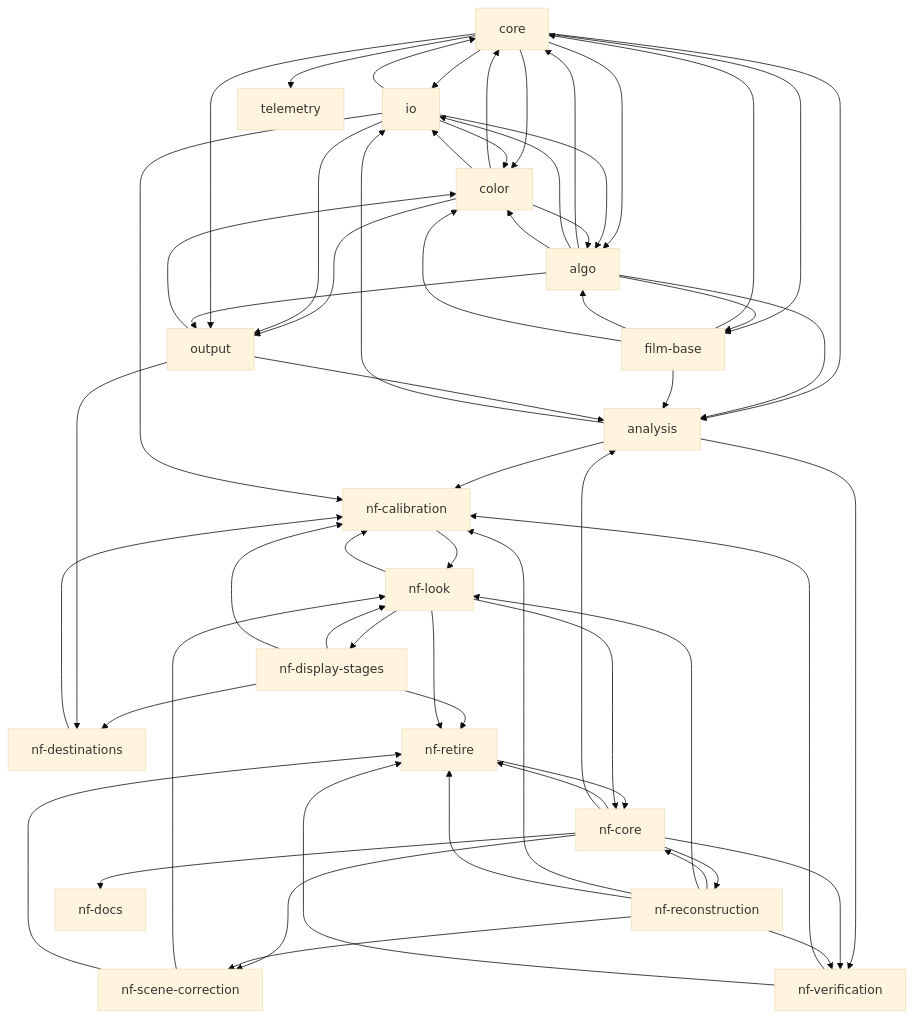
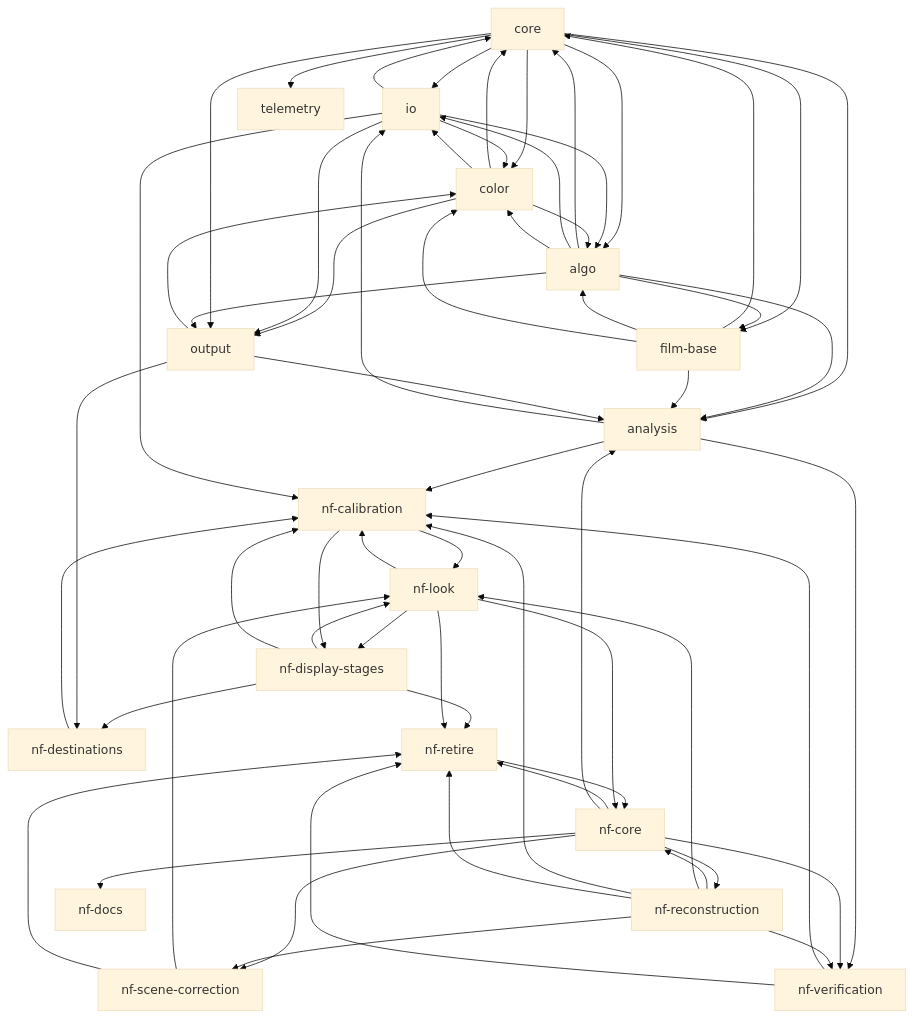
One commit to lix42/hanten changed the first of 2 diagrams in docs/TASKS.md. Above: the diagram before and after it, drawn with Mermaid (base theme). The commit also changed other lines of this file and 25 other files, not shown here.

First line of the commit message:
Place display black on the new chain (nf-display-stages/parametric-operator)

````diff
--- a/docs/TASKS.md
+++ b/docs/TASKS.md
@@ -98,80 +98,81 @@
 ```mermaid
 graph TD
   core
   io
   film-base
   algo
   color
   output
   telemetry
   analysis
   nf-core
   nf-reconstruction
   nf-scene-correction
   nf-look
   nf-display-stages
   nf-destinations
   nf-calibration
   nf-verification
   nf-retire
   nf-docs
   core --> io
   core --> color
   core --> film-base
   core --> algo
   io --> core
   color --> core
   film-base --> core
   algo --> core
   analysis --> io
   core --> analysis
   core --> telemetry
   algo --> analysis
   film-base --> analysis
   algo --> film-base
   io --> color
   io --> algo
   film-base --> algo
   color --> algo
   algo --> io
   algo --> color
   film-base --> color
   color --> output
   color --> io
   output --> color
   io --> output
   core --> output
   algo --> output
   output --> analysis
   nf-reconstruction --> nf-core
   nf-retire --> nf-core
   nf-core --> nf-reconstruction
   nf-core --> nf-scene-correction
   nf-reconstruction --> nf-scene-correction
   nf-scene-correction --> nf-look
   nf-reconstruction --> nf-look
   nf-look --> nf-display-stages
   nf-display-stages --> nf-look
   nf-display-stages --> nf-destinations
   output --> nf-destinations
   nf-destinations --> nf-calibration
   nf-display-stages --> nf-calibration
   nf-verification --> nf-calibration
   analysis --> nf-calibration
   io --> nf-calibration
   nf-look --> nf-calibration
   nf-reconstruction --> nf-calibration
   nf-calibration --> nf-look
+  nf-calibration --> nf-display-stages
   analysis --> nf-verification
   nf-core --> nf-verification
   nf-reconstruction --> nf-verification
   nf-core --> nf-retire
   nf-verification --> nf-retire
   nf-display-stages --> nf-retire
   nf-reconstruction --> nf-retire
   nf-look --> nf-retire
   nf-look --> nf-core
   nf-scene-correction --> nf-retire
   nf-core --> nf-docs
   nf-core --> analysis
 ```
````
